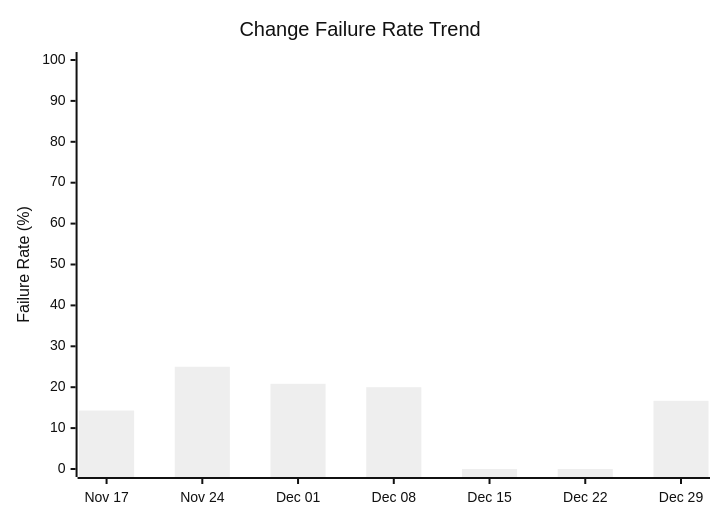
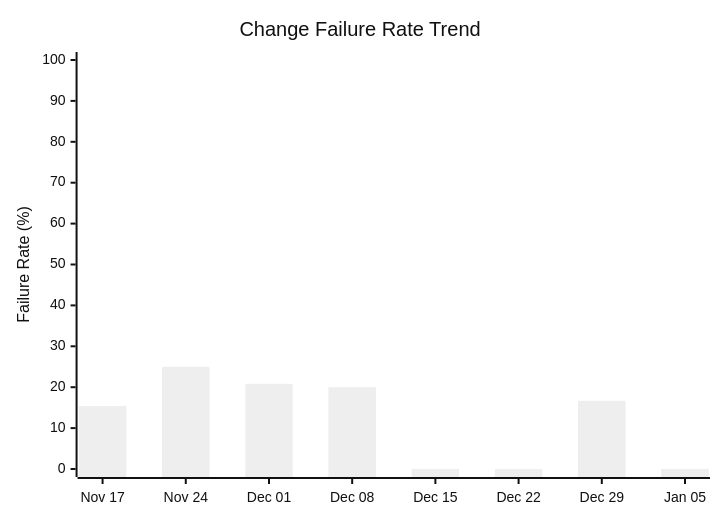
Before and after one commit to ukma-cs-ssdm-2025/rate-ukma: the fourth of 4 diagrams in docs/ci-cd/dora-summary.md, drawn with Mermaid (neutral theme). The commit also changed other lines of this file, not shown here.

````diff
--- a/docs/ci-cd/dora-summary.md
+++ b/docs/ci-cd/dora-summary.md
@@ -66,7 +66,7 @@
 ```mermaid
 xychart-beta
     title "Change Failure Rate Trend"
-    x-axis ["Nov 17", "Nov 24", "Dec 01", "Dec 08", "Dec 15", "Dec 22", "Dec 29"]
+    x-axis ["Nov 17", "Nov 24", "Dec 01", "Dec 08", "Dec 15", "Dec 22", "Dec 29", "Jan 05"]
     y-axis "Failure Rate (%)" 0 --> 100
-    bar [14.29, 25.00, 20.83, 20.00, 0.00, 0.00, 16.67]
+    bar [15.38, 25.00, 20.83, 20.00, 0.00, 0.00, 16.67, 0.00]
 ```
````
